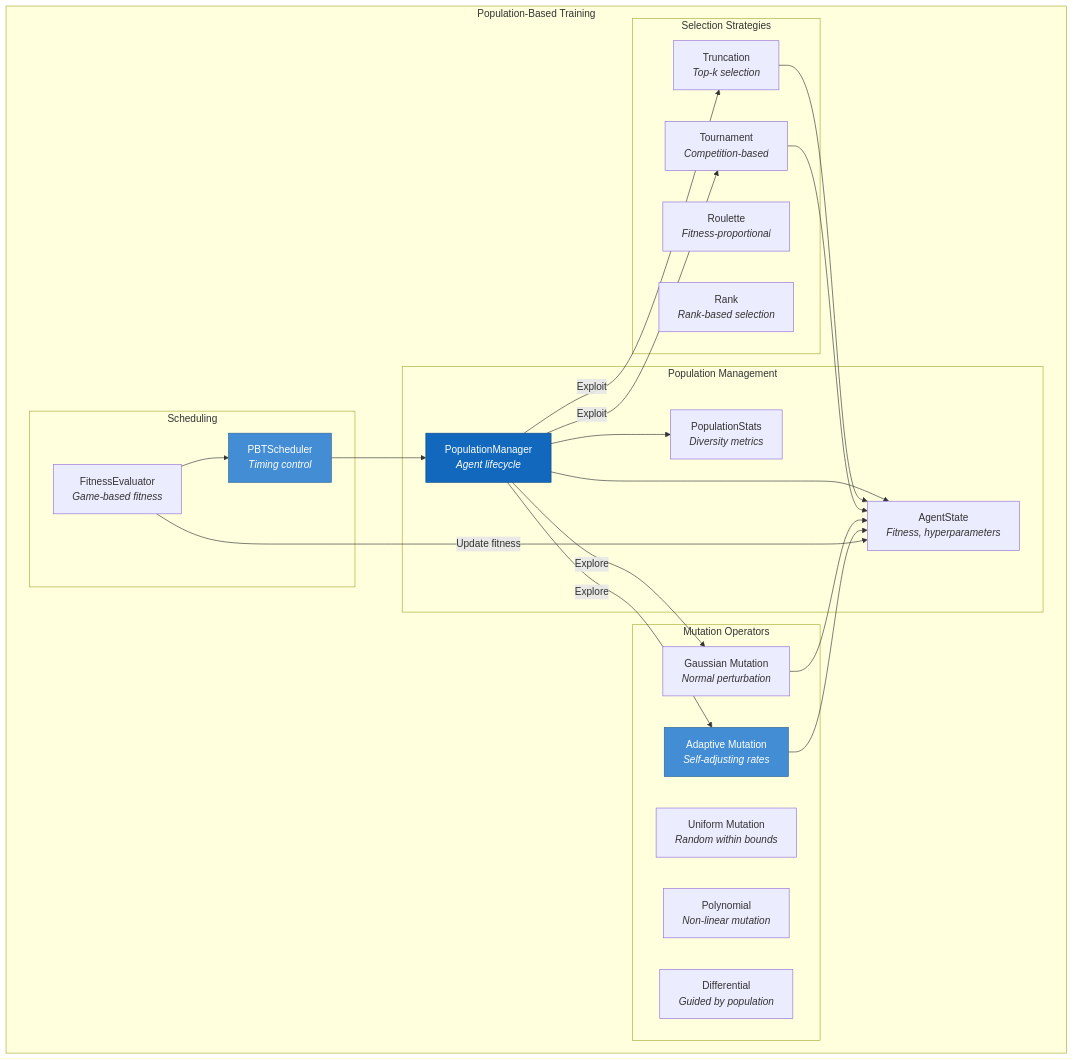
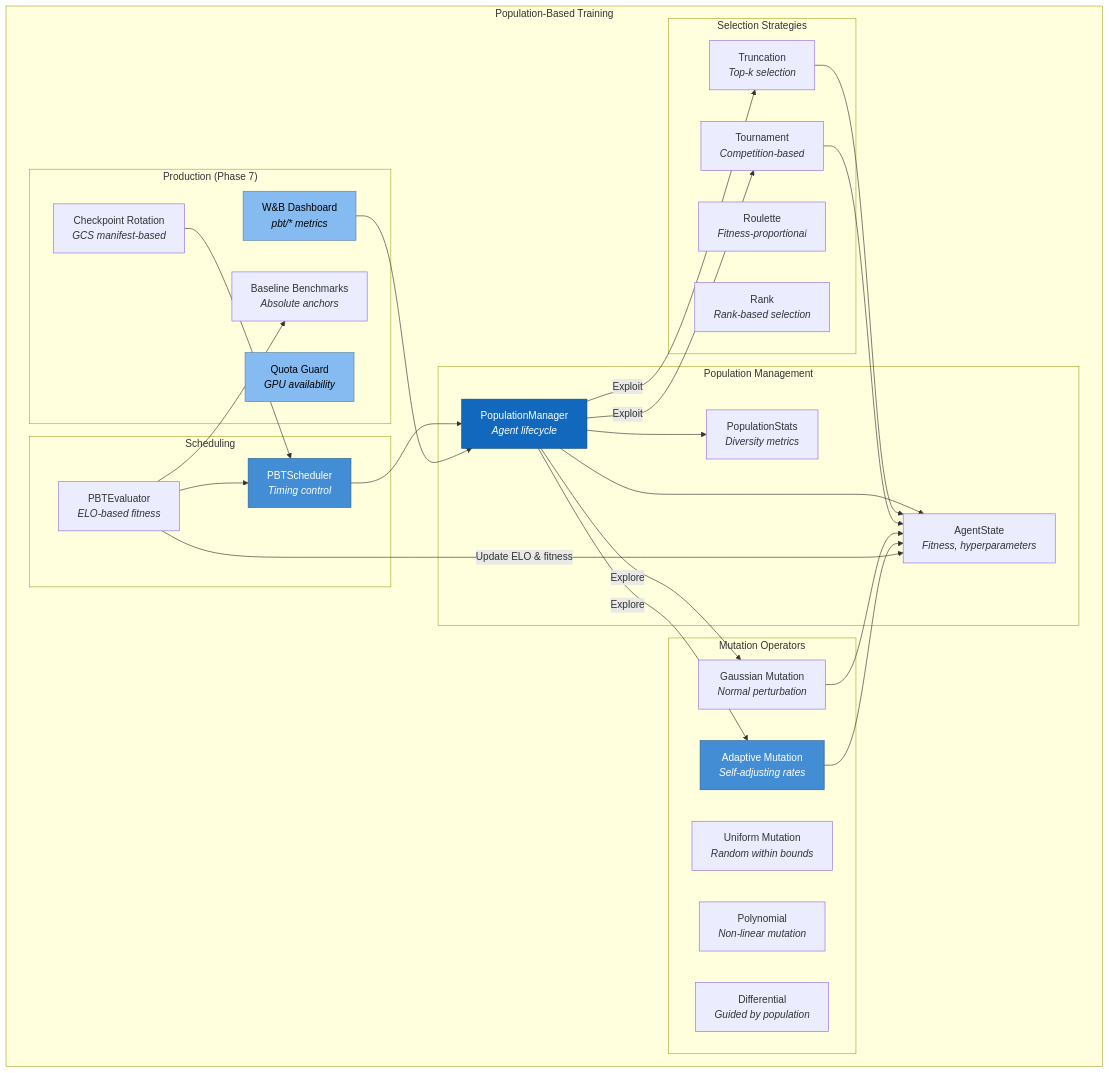
One commit to Mango-Metrics-NLM/Civ6-AlphaZero changed the sixth of 9 diagrams in README.md. Above: the diagram before and after it, drawn with Mermaid. The commit also changed other lines of this file and 13 other files, not shown here.

First line of the commit message:
feat: Phase 7 production PBT scaling & validation

````diff
--- a/README.md
+++ b/README.md
@@ -287,51 +292,64 @@
 ```mermaid
 graph TB
     subgraph "Population-Based Training"
         subgraph "Population Management"
             PopMgr["PopulationManager<br/><i>Agent lifecycle</i>"]
             AgentState["AgentState<br/><i>Fitness, hyperparameters</i>"]
             Stats["PopulationStats<br/><i>Diversity metrics</i>"]
         end
 
         subgraph "Selection Strategies"
             Truncation["Truncation<br/><i>Top-k selection</i>"]
             Tournament["Tournament<br/><i>Competition-based</i>"]
             Roulette["Roulette<br/><i>Fitness-proportional</i>"]
             Rank["Rank<br/><i>Rank-based selection</i>"]
         end
 
         subgraph "Mutation Operators"
             Gaussian["Gaussian Mutation<br/><i>Normal perturbation</i>"]
             Uniform["Uniform Mutation<br/><i>Random within bounds</i>"]
             Polynomial["Polynomial<br/><i>Non-linear mutation</i>"]
             Differential["Differential<br/><i>Guided by population</i>"]
             Adaptive["Adaptive Mutation<br/><i>Self-adjusting rates</i>"]
         end
 
         subgraph "Scheduling"
             Scheduler["PBTScheduler<br/><i>Timing control</i>"]
-            Evaluator["FitnessEvaluator<br/><i>Game-based fitness</i>"]
+            Evaluator["PBTEvaluator<br/><i>ELO-based fitness</i>"]
+        end
+
+        subgraph "Production (Phase 7)"
+            Dashboard["W&B Dashboard<br/><i>pbt/* metrics</i>"]
+            Rotation["Checkpoint Rotation<br/><i>GCS manifest-based</i>"]
+            QuotaGuard["Quota Guard<br/><i>GPU availability</i>"]
+            Baseline["Baseline Benchmarks<br/><i>Absolute anchors</i>"]
         end
     end
 
     PopMgr --> AgentState
     PopMgr --> Stats
     Scheduler --> PopMgr
 
     PopMgr -->|"Exploit"| Truncation
     PopMgr -->|"Exploit"| Tournament
     Truncation --> AgentState
     Tournament --> AgentState
 
     PopMgr -->|"Explore"| Gaussian
     PopMgr -->|"Explore"| Adaptive
     Gaussian --> AgentState
     Adaptive --> AgentState
 
     Evaluator --> Scheduler
-    Evaluator -->|"Update fitness"| AgentState
+    Evaluator -->|"Update ELO & fitness"| AgentState
+    Evaluator --> Baseline
+
+    Dashboard --> PopMgr
+    Rotation --> Scheduler
 
     style PopMgr fill:#1168bd,stroke:#0b4884,color:#ffffff
     style Scheduler fill:#438dd5,stroke:#2e6295,color:#ffffff
     style Adaptive fill:#438dd5,stroke:#2e6295,color:#ffffff
+    style Dashboard fill:#85bbf0,stroke:#5d82a8,color:#000000
+    style QuotaGuard fill:#85bbf0,stroke:#5d82a8,color:#000000
 ```
````
